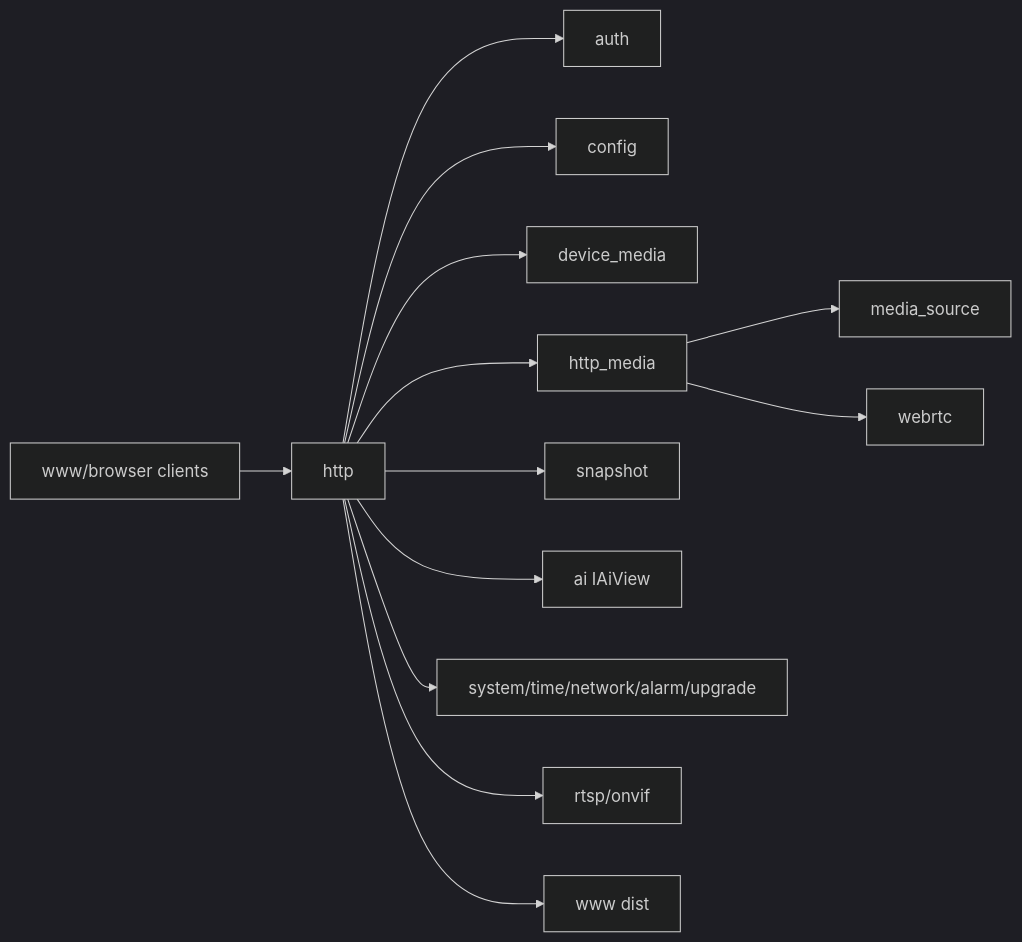
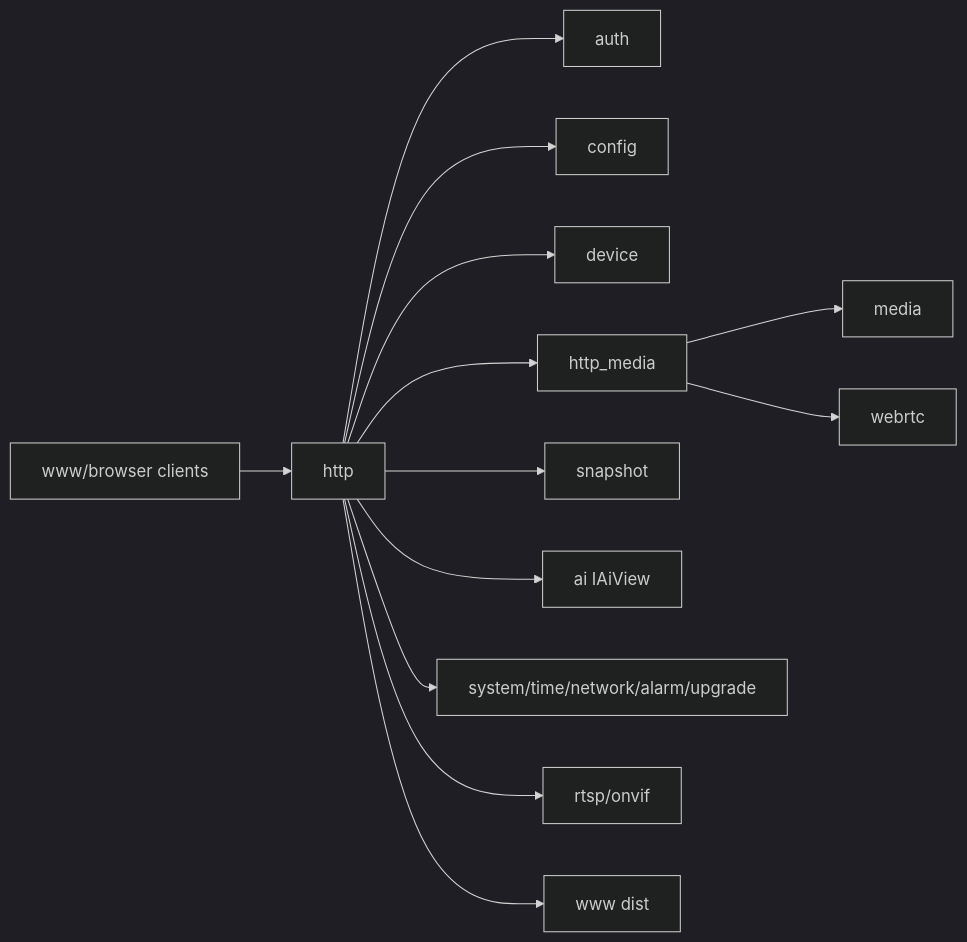
The diagram in docs/libs/http.md (373699756/live_stream), drawn with Mermaid (dark theme) before and after one commit. The commit also changed other lines of this file and 56 other files, not shown here.

Commit message:
refactor: remove obsolete media source libraries

````diff
--- a/docs/libs/http.md
+++ b/docs/libs/http.md
@@ -16,15 +16,15 @@
 ```mermaid
 flowchart LR
   Browser[www/browser clients] --> HTTP[http]
   HTTP --> Auth[auth]
   HTTP --> Config[config]
-  HTTP --> Media[device_media]
+  HTTP --> Media[device]
   HTTP --> MediaHTTP[http_media]
-  MediaHTTP --> Source[media_source]
+  MediaHTTP --> MediaCore[media]
   MediaHTTP --> WebRTC[webrtc]
   HTTP --> Snapshot[snapshot]
   HTTP --> AI[ai IAiView]
   HTTP --> Device[system/time/network/alarm/upgrade]
   HTTP --> Protocol[rtsp/onvif]
   HTTP --> Static[www dist]
 ```
````
